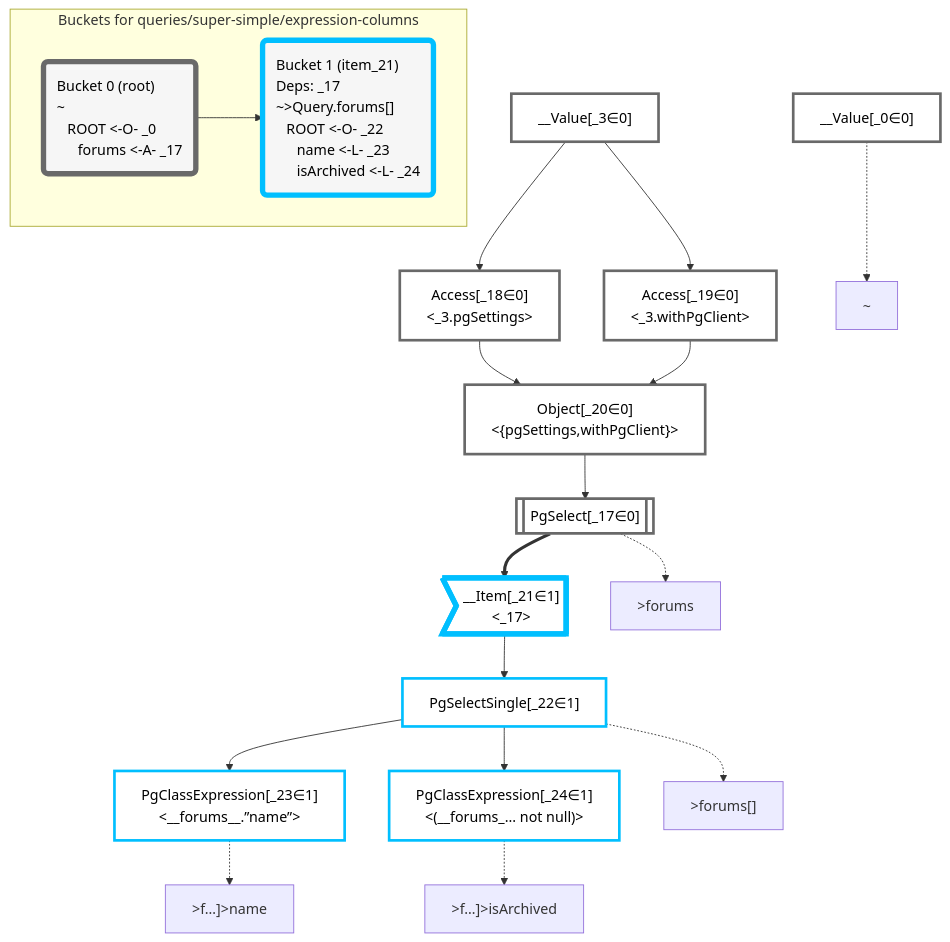
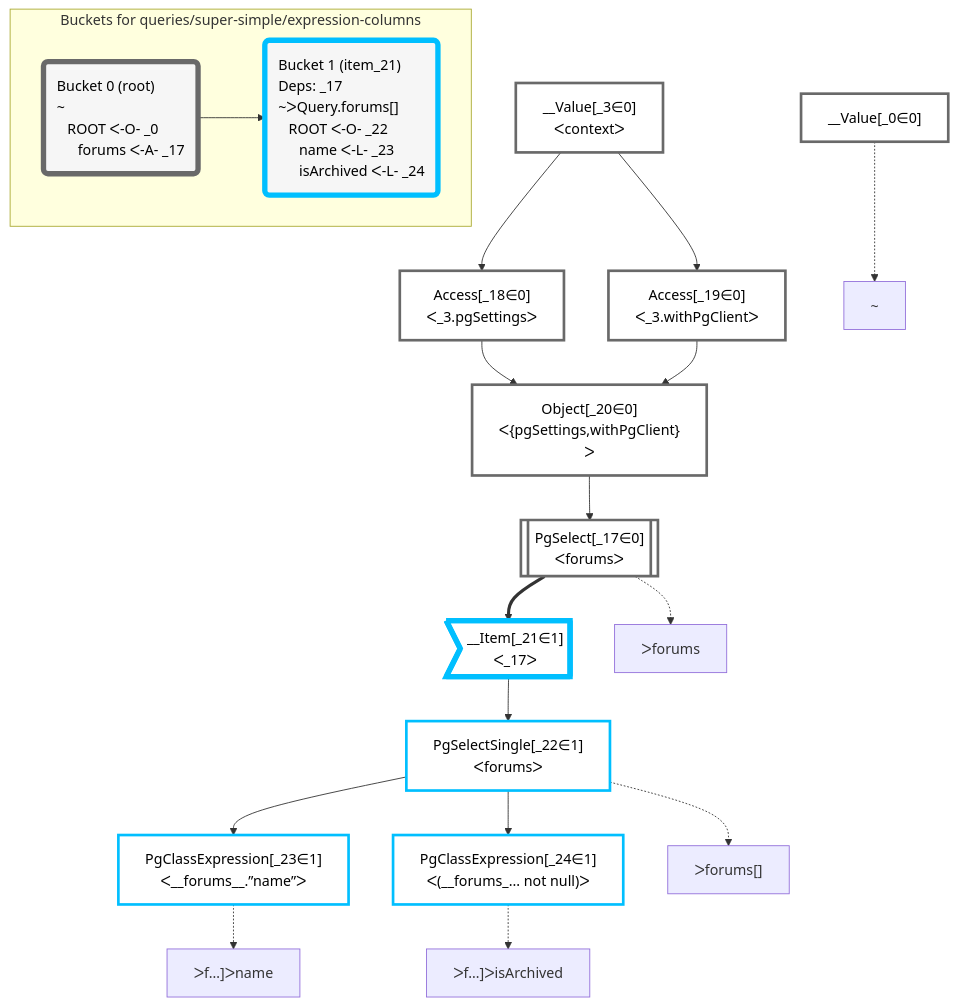
Before and after one commit to graphile/crystal: the diagram in packages/dataplan-pg/__tests__/queries/super-simple/expression-columns.deopt.mermaid.md, drawn with Mermaid. The commit also changed 195 other files, not shown here.

````diff
--- a/packages/dataplan-pg/__tests__/queries/super-simple/expression-columns.deopt.mermaid.md
+++ b/packages/dataplan-pg/__tests__/queries/super-simple/expression-columns.deopt.mermaid.md
@@ -1,58 +1,58 @@
 ```mermaid
 graph TD
     classDef path fill:#eee,stroke:#000,color:#000
     classDef plan fill:#fff,stroke-width:3px,color:#000
     classDef itemplan fill:#fff,stroke-width:6px,color:#000
     classDef sideeffectplan fill:#f00,stroke-width:6px,color:#000
     classDef bucket fill:#f6f6f6,color:#000,stroke-width:6px,text-align:left
 
 
     %% define plans
     __Value_0["__Value[_0∈0]"]:::plan
-    __Value_3["__Value[_3∈0]<br /><context>"]:::plan
-    PgSelect_17[["PgSelect[_17∈0]<br /><forums>"]]:::plan
-    Access_18["Access[_18∈0]<br /><_3.pgSettings>"]:::plan
-    Access_19["Access[_19∈0]<br /><_3.withPgClient>"]:::plan
-    Object_20["Object[_20∈0]<br /><{pgSettings,withPgClient}>"]:::plan
-    __Item_21>"__Item[_21∈1]<br /><_17>"]:::itemplan
-    PgSelectSingle_22["PgSelectSingle[_22∈1]<br /><forums>"]:::plan
-    PgClassExpression_23["PgClassExpression[_23∈1]<br /><__forums__.”name”>"]:::plan
-    PgClassExpression_24["PgClassExpression[_24∈1]<br /><(__forums_... not null)>"]:::plan
+    __Value_3["__Value[_3∈0]<br />ᐸcontextᐳ"]:::plan
+    PgSelect_17[["PgSelect[_17∈0]<br />ᐸforumsᐳ"]]:::plan
+    Access_18["Access[_18∈0]<br />ᐸ_3.pgSettingsᐳ"]:::plan
+    Access_19["Access[_19∈0]<br />ᐸ_3.withPgClientᐳ"]:::plan
+    Object_20["Object[_20∈0]<br />ᐸ{pgSettings,withPgClient}ᐳ"]:::plan
+    __Item_21>"__Item[_21∈1]<br />ᐸ_17ᐳ"]:::itemplan
+    PgSelectSingle_22["PgSelectSingle[_22∈1]<br />ᐸforumsᐳ"]:::plan
+    PgClassExpression_23["PgClassExpression[_23∈1]<br />ᐸ__forums__.”name”ᐳ"]:::plan
+    PgClassExpression_24["PgClassExpression[_24∈1]<br />ᐸ(__forums_... not null)ᐳ"]:::plan
 
     %% plan dependencies
     Object_20 --> PgSelect_17
     __Value_3 --> Access_18
     __Value_3 --> Access_19
     Access_18 --> Object_20
     Access_19 --> Object_20
     PgSelect_17 ==> __Item_21
     __Item_21 --> PgSelectSingle_22
     PgSelectSingle_22 --> PgClassExpression_23
     PgSelectSingle_22 --> PgClassExpression_24
 
     %% plan-to-path relationships
     P_0["~"]
     __Value_0 -.-> P_0
-    P_17[">forums"]
+    P_17["ᐳforums"]
     PgSelect_17 -.-> P_17
-    P_22[">forums[]"]
+    P_22["ᐳforums[]"]
     PgSelectSingle_22 -.-> P_22
-    P_23[">f…]>name"]
+    P_23["ᐳf…]ᐳname"]
     PgClassExpression_23 -.-> P_23
-    P_24[">f…]>isArchived"]
+    P_24["ᐳf…]ᐳisArchived"]
     PgClassExpression_24 -.-> P_24
 
     %% allocate buckets
     classDef bucket0 stroke:#696969
     class __Value_0,__Value_3,PgSelect_17,Access_18,Access_19,Object_20 bucket0
     classDef bucket1 stroke:#00bfff
     class __Item_21,PgSelectSingle_22,PgClassExpression_23,PgClassExpression_24 bucket1
 
     subgraph "Buckets for queries/super-simple/expression-columns"
-    Bucket0("Bucket 0 (root)<br />~<br />⠀ROOT <-O- _0<br />⠀⠀forums <-A- _17"):::bucket
+    Bucket0("Bucket 0 (root)<br />~<br />⠀ROOT ᐸ-O- _0<br />⠀⠀forums ᐸ-A- _17"):::bucket
     style Bucket0 stroke:#696969
-    Bucket1("Bucket 1 (item_21)<br />Deps: _17<br />~>Query.forums[]<br />⠀ROOT <-O- _22<br />⠀⠀name <-L- _23<br />⠀⠀isArchived <-L- _24"):::bucket
+    Bucket1("Bucket 1 (item_21)<br />Deps: _17<br />~ᐳQuery.forums[]<br />⠀ROOT ᐸ-O- _22<br />⠀⠀name ᐸ-L- _23<br />⠀⠀isArchived ᐸ-L- _24"):::bucket
     style Bucket1 stroke:#00bfff
     Bucket0 --> Bucket1
     end
 ```
````
